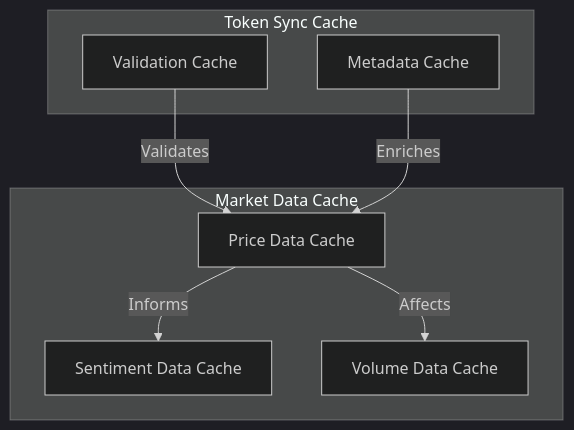
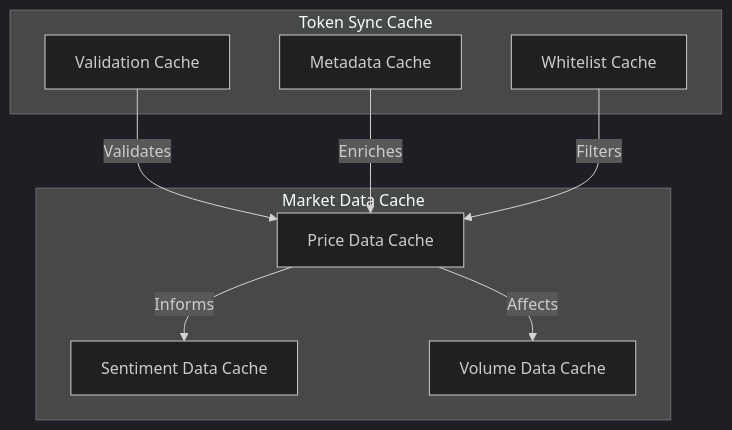
The sixth of 8 diagrams in docs_important/Core Services/OPERATIONS_MANAGEMENT/_MARKET_DATA_INTEGRATION.md (BranchManager69/degenduel), drawn with Mermaid (dark theme) before and after one commit. The commit also changed other lines of this file and 11 other files, not shown here.

````diff
--- a/docs_important/Core Services/OPERATIONS_MANAGEMENT/_MARKET_DATA_INTEGRATION.md
+++ b/docs_important/Core Services/OPERATIONS_MANAGEMENT/_MARKET_DATA_INTEGRATION.md
@@ -114,18 +133,20 @@
 ```mermaid
 graph TD
     subgraph "Token Sync Cache"
         TSC[Validation Cache]
         MTC[Metadata Cache]
+        WLC[Whitelist Cache]
     end
     
     subgraph "Market Data Cache"
         PDC[Price Data Cache]
         SDC[Sentiment Data Cache]
         VDC[Volume Data Cache]
     end
     
     TSC -->|Validates| PDC
     MTC -->|Enriches| PDC
+    WLC -->|Filters| PDC
     PDC -->|Informs| SDC
     PDC -->|Affects| VDC
 ```
````
